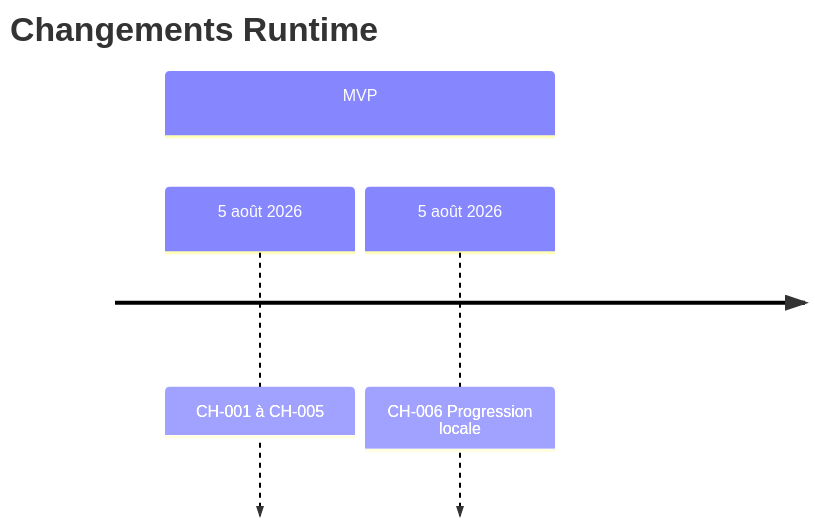
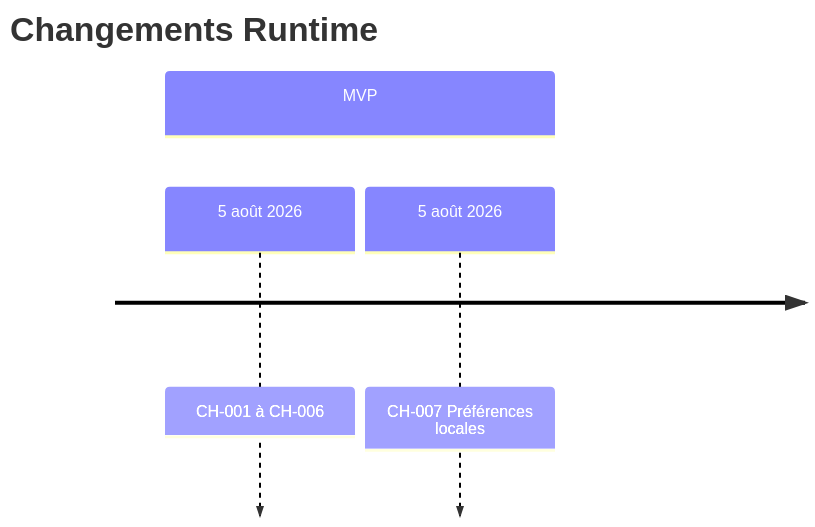
Before and after one commit to JavaChrist/Tai-Chi-AI-Coach: the diagram in docs/runtime/17_CHANGE_HISTORY.md, drawn with Mermaid. The commit also changed other lines of this file and 37 other files, not shown here.

````diff
--- a/docs/runtime/17_CHANGE_HISTORY.md
+++ b/docs/runtime/17_CHANGE_HISTORY.md
@@ -41,7 +42,7 @@
 ```mermaid
 timeline
   title Changements Runtime
   section MVP
-    5 août 2026 : CH-001 à CH-005
-    5 août 2026 : CH-006 Progression locale
+    5 août 2026 : CH-001 à CH-006
+    5 août 2026 : CH-007 Préférences locales
 ```
````
